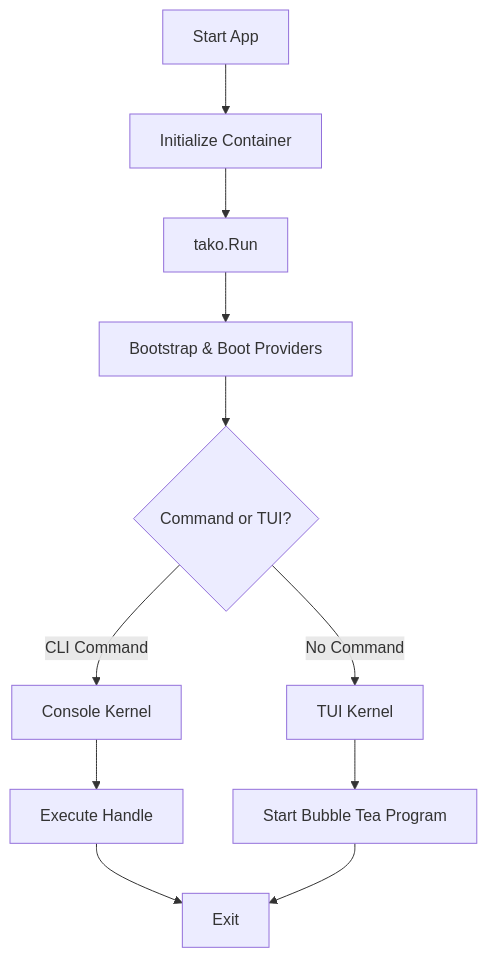
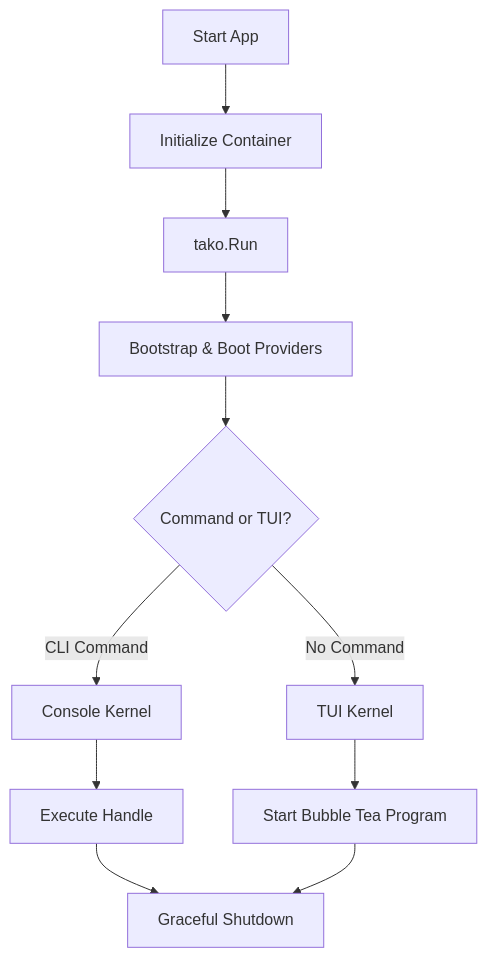
Before and after one commit to gettako/docs: the diagram in 01.overview.md, drawn with Mermaid. The commit also changed other lines of this file, not shown here.

````diff
--- a/01.overview.md
+++ b/01.overview.md
@@ -106,13 +108,13 @@
 ```mermaid
 flowchart TD
     A[Start App] --> B[Initialize Container]
     B --> C[tako.Run]
     C --> D[Bootstrap & Boot Providers]
     D --> E{Command or TUI?}
     E -- CLI Command --> F[Console Kernel]
     E -- No Command --> G[TUI Kernel]
     F --> H[Execute Handle]
     G --> I[Start Bubble Tea Program]
-    H --> J[Exit]
+    H --> J[Graceful Shutdown]
     I --> J
 ```
````
